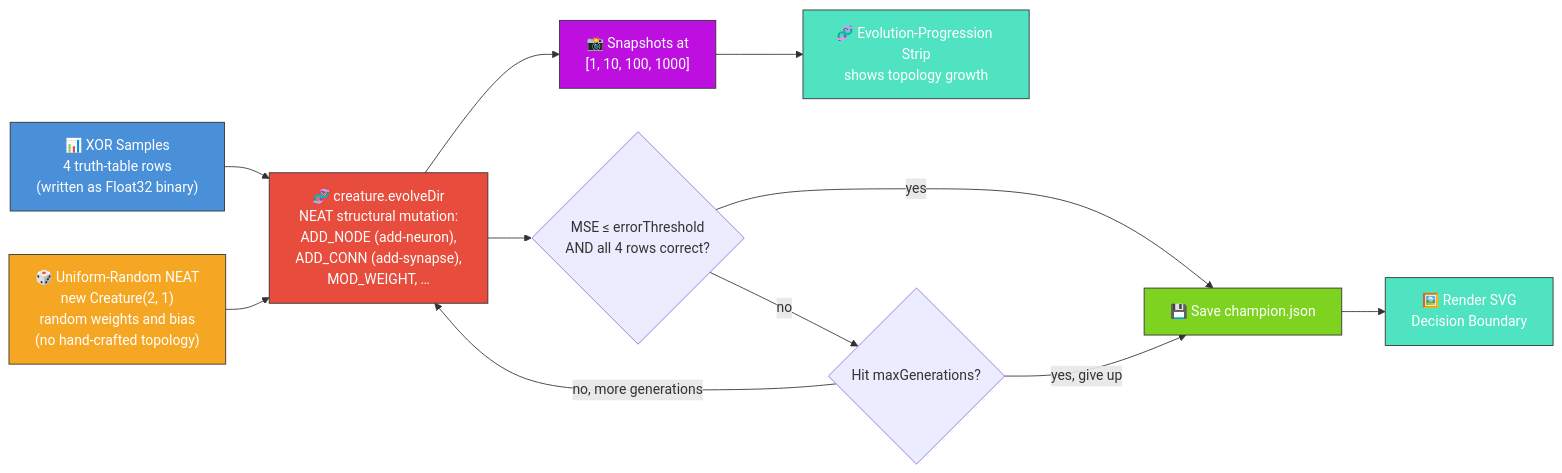
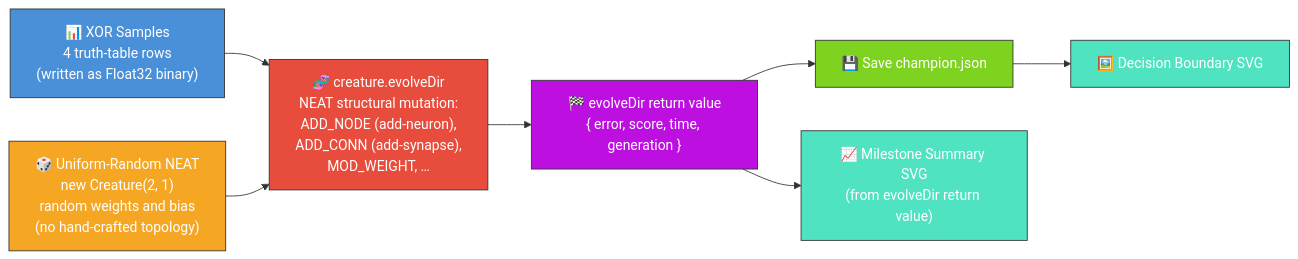
One commit to stSoftwareAU/NEAT-AI-Examples changed the diagram in xor_classification/README.md. Above: the diagram before and after it, drawn with Mermaid. The commit also changed other lines of this file and 32 other files, not shown here.

First line of the commit message:
Drop per-generation telemetry from xor/stock/evolution_showcase (#301)

````diff
--- a/xor_classification/README.md
+++ b/xor_classification/README.md
@@ -37,31 +29,25 @@
 ```mermaid
 flowchart LR
     DATA["📊 XOR Samples<br/>4 truth-table rows<br/>(written as Float32 binary)"]
     SEED["🎲 Uniform-Random NEAT<br/>new Creature(2, 1)<br/>random weights and bias<br/>(no hand-crafted topology)"]
     EVOLVE["🧬 creature.evolveDir<br/>NEAT structural mutation:<br/>ADD_NODE (add-neuron),<br/>ADD_CONN (add-synapse),<br/>MOD_WEIGHT, …"]
-    SNAP["📸 Snapshots at<br/>[1, 10, 100, 1000]"]
-    SOLVED{"MSE ≤ errorThreshold<br/>AND all 4 rows correct?"}
-    CAP{"Hit maxGenerations?"}
+    RETURN["🏁 evolveDir return value<br/>{ error, score, time, generation }"]
     CHAMP["💾 Save champion.json"]
-    RENDER["🖼️ Render SVG<br/>Decision Boundary"]
-    STRIP["🧬 Evolution-Progression Strip<br/>shows topology growth"]
+    RENDER["🖼️ Decision Boundary SVG"]
+    SUMMARY["📈 Milestone Summary SVG<br/>(from evolveDir return value)"]
 
     DATA --> EVOLVE
     SEED --> EVOLVE
-    EVOLVE --> SNAP
-    EVOLVE --> SOLVED
-    SOLVED -- yes --> CHAMP
-    SOLVED -- no --> CAP
-    CAP -- no, more generations --> EVOLVE
-    CAP -- yes, give up --> CHAMP
+    EVOLVE --> RETURN
+    RETURN --> CHAMP
+    RETURN --> SUMMARY
     CHAMP --> RENDER
-    SNAP --> STRIP
 
     style DATA fill:#4a90d9,stroke:#333,color:#fff
     style SEED fill:#f5a623,stroke:#333,color:#fff
     style EVOLVE fill:#e74c3c,stroke:#333,color:#fff
-    style SNAP fill:#bd10e0,stroke:#333,color:#fff
+    style RETURN fill:#bd10e0,stroke:#333,color:#fff
     style CHAMP fill:#7ed321,stroke:#333,color:#fff
     style RENDER fill:#50e3c2,stroke:#333,color:#fff
-    style STRIP fill:#50e3c2,stroke:#333,color:#fff
+    style SUMMARY fill:#50e3c2,stroke:#333,color:#fff
 ```
````
